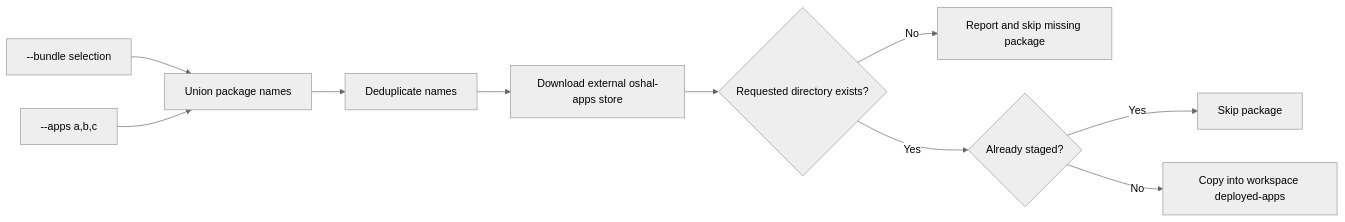
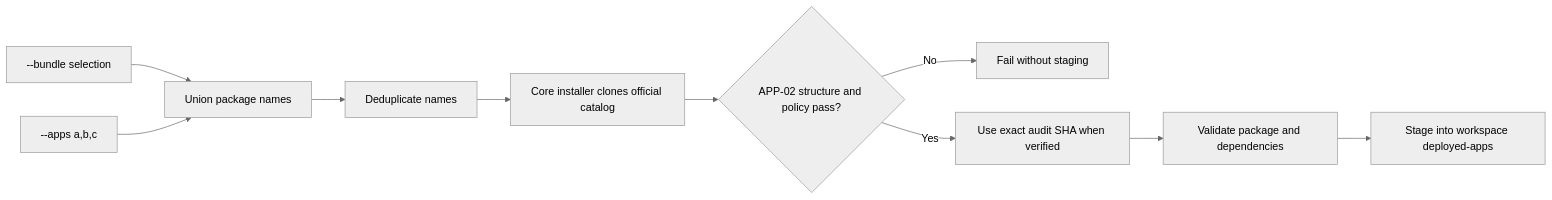
Before and after one commit to emeraldcoastsystemsgroup/oshal: the second of 4 diagrams in INSTALL.md, drawn with Mermaid (neutral theme). The commit also changed other lines of this file and 810 other files, not shown here.

````diff
--- a/INSTALL.md
+++ b/INSTALL.md
@@ -74,12 +77,12 @@
 ```mermaid
 flowchart LR
     Bundle["--bundle selection"] --> Union["Union package names"]
     Apps["--apps a,b,c"] --> Union
     Union --> Dedupe["Deduplicate names"]
-    Dedupe --> Store["Download external oshal-apps store"]
-    Store --> Exists{"Requested directory exists?"}
-    Exists -->|No| SkipMissing["Report and skip missing package"]
-    Exists -->|Yes| Staged{"Already staged?"}
-    Staged -->|Yes| Skip["Skip package"]
-    Staged -->|No| Copy["Copy into workspace deployed-apps"]
+    Dedupe --> Store["Core installer clones official catalog"]
+    Store --> Audit{"APP-02 structure and policy pass?"}
+    Audit -->|No| Refuse["Fail without staging"]
+    Audit -->|Yes| Pin["Use exact audit SHA when verified"]
+    Pin --> Validate["Validate package and dependencies"]
+    Validate --> Stage["Stage into workspace deployed-apps"]
 ```
````
